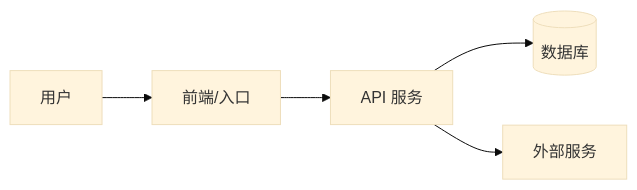
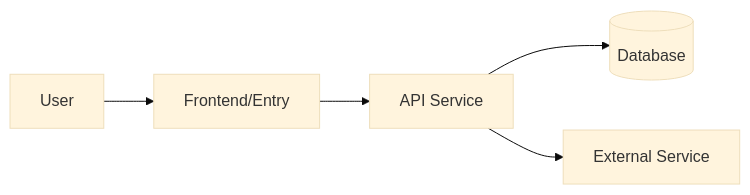
Before and after one commit to nppe6/refining-project-skill: the diagram in skills/refining-project/references/architecture-views.md, drawn with Mermaid (base theme). The commit also changed other lines of this file and 5 other files, not shown here.

````diff
--- a/skills/refining-project/references/architecture-views.md
+++ b/skills/refining-project/references/architecture-views.md
@@ -77,7 +77,7 @@
 ```mermaid
 flowchart LR
-  User[用户] --> Web[前端/入口]
-  Web --> API[API 服务]
-  API --> DB[(数据库)]
-  API --> External[外部服务]
+  User[User] --> Web[Frontend/Entry]
+  Web --> API[API Service]
+  API --> DB[(Database)]
+  API --> External[External Service]
 ```
````
